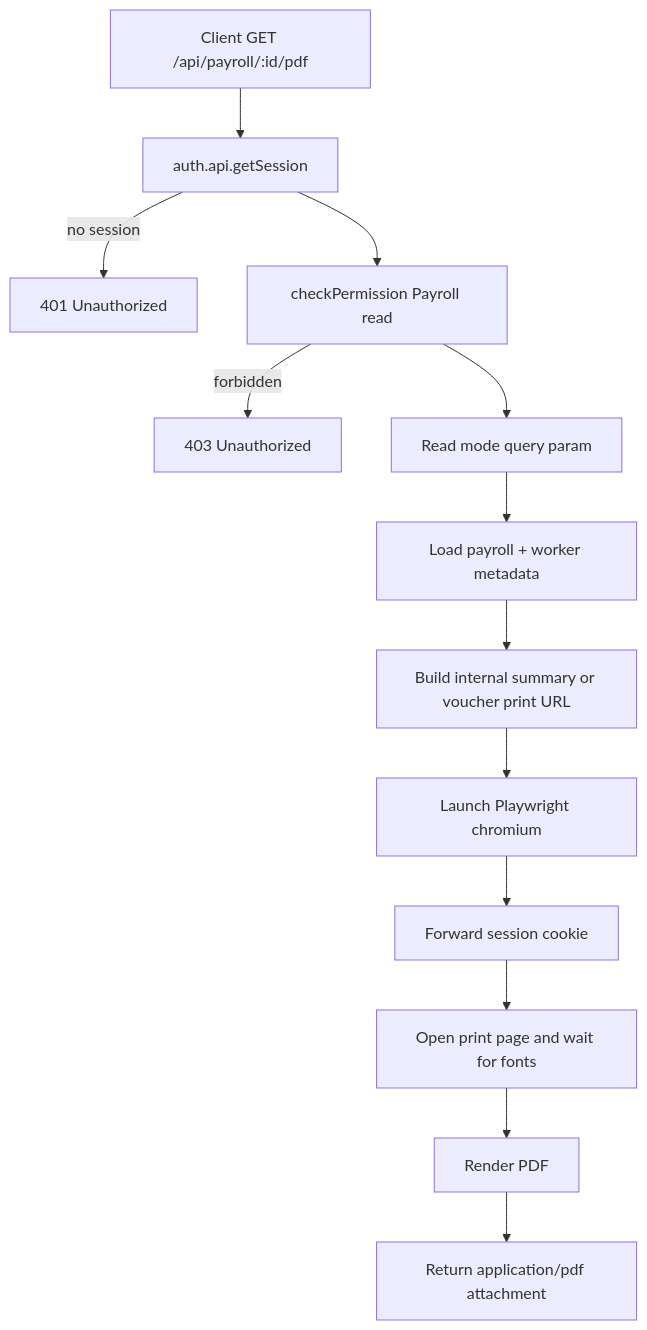
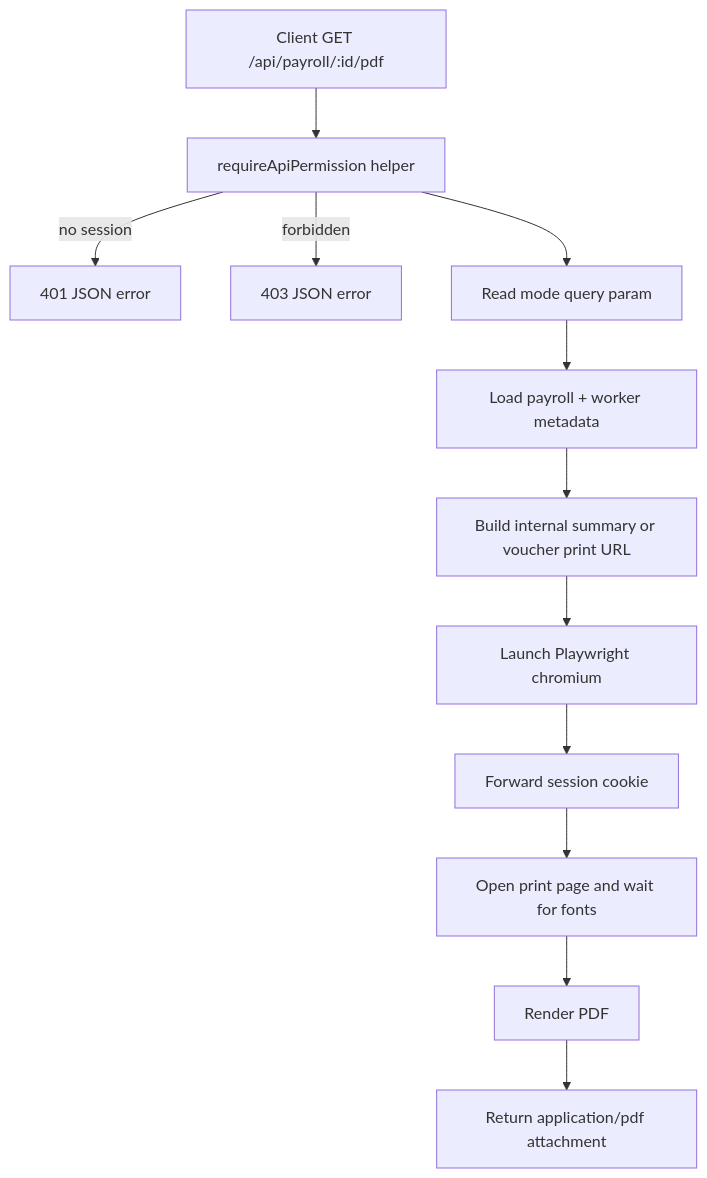
Before and after one commit to daniellim922/One-Laundry-Project-Alpha-v1: the fourth of 11 diagrams in .codex/docs/api-workflows.md, drawn with Mermaid. The commit also changed other lines of this file and 8 other files, not shown here.

````diff
--- a/.codex/docs/api-workflows.md
+++ b/.codex/docs/api-workflows.md
@@ -65,15 +64,14 @@
 ```mermaid
 flowchart TD
-    A[Client GET /api/payroll/:id/pdf] --> B[auth.api.getSession]
-    B -->|no session| C[401 Unauthorized]
-    B --> D[checkPermission Payroll read]
-    D -->|forbidden| E[403 Unauthorized]
-    D --> F[Read mode query param]
-    F --> G[Load payroll + worker metadata]
-    G --> H[Build internal summary or voucher print URL]
-    H --> I[Launch Playwright chromium]
-    I --> J[Forward session cookie]
-    J --> K[Open print page and wait for fonts]
-    K --> L[Render PDF]
-    L --> M[Return application/pdf attachment]
+    A[Client GET /api/payroll/:id/pdf] --> B[requireApiPermission helper]
+    B -->|no session| C[401 JSON error]
+    B -->|forbidden| D[403 JSON error]
+    B --> E[Read mode query param]
+    E --> F[Load payroll + worker metadata]
+    F --> G[Build internal summary or voucher print URL]
+    G --> H[Launch Playwright chromium]
+    H --> I[Forward session cookie]
+    I --> J[Open print page and wait for fonts]
+    J --> K[Render PDF]
+    K --> L[Return application/pdf attachment]
 ```
````
